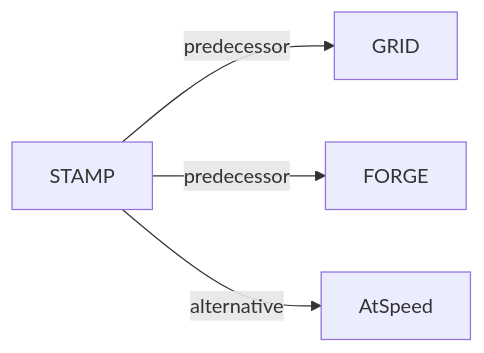
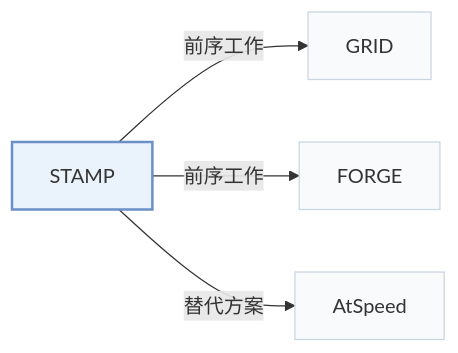
The second of 2 diagrams in pages/zh/papers/stamp.md (Galaxy-ghost/Awesome-SID-Generative-Rec), drawn with Mermaid before and after one commit. The commit also changed other lines of this file and 649 other files, not shown here.

Commit message:
writer-05: also tags and modality index (schema, check, build, visuals); summary field removed; calibration data for 12 papers

````diff
--- a/pages/zh/papers/stamp.md
+++ b/pages/zh/papers/stamp.md
@@ -68,7 +74,11 @@
 ```mermaid
 flowchart LR
     P["STAMP"]
-    P -->|predecessor| A["GRID"]
-    P -->|predecessor| B["FORGE"]
-    P -->|alternative| C["AtSpeed"]
+    P -->|"前序工作"| A["GRID"]
+    P -->|"前序工作"| B["FORGE"]
+    P -->|"替代方案"| C["AtSpeed"]
+    classDef main fill:#eaf2fb,stroke:#6b8fc7,stroke-width:2px
+    classDef peer fill:#f8fafc,stroke:#cbd5e1
+    class P main
+    class A,B,C peer
 ```
````
